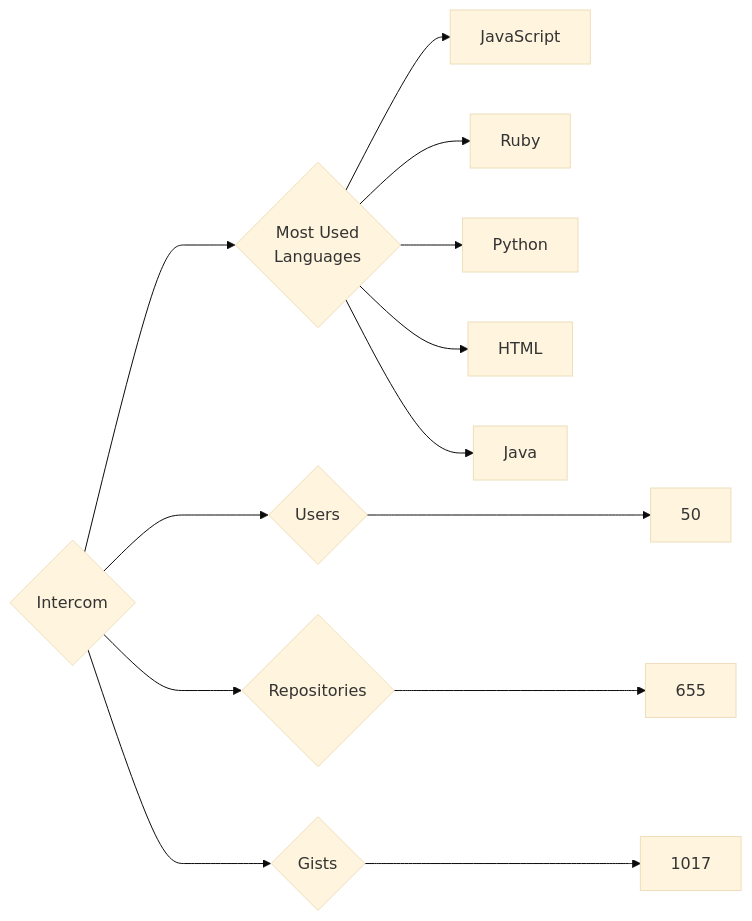
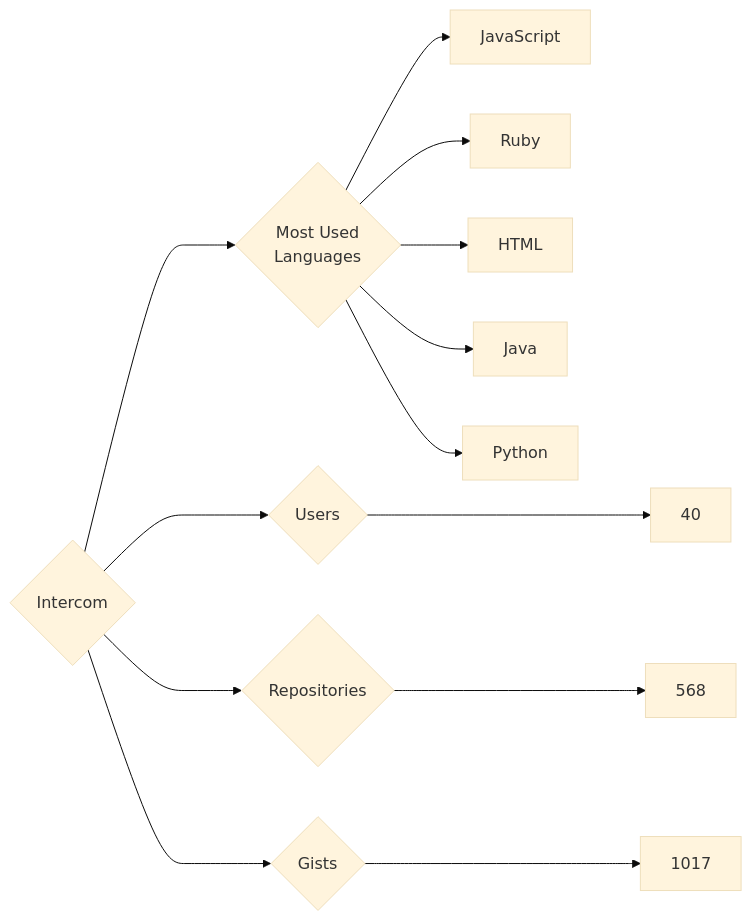
Before and after one commit to trickest/insiders: the diagram in targets/Intercom/README.md, drawn with Mermaid (base theme). The commit also changed 860 other files, not shown here.

````diff
--- a/targets/Intercom/README.md
+++ b/targets/Intercom/README.md
@@ -3,13 +3,13 @@
 ```mermaid
 graph LR
 COMPANY_NAME{Intercom}
-COMPANY_NAME ---> U{Users} ---> UN[50]
-COMPANY_NAME ---> R{Repositories} ---> RN[655]
+COMPANY_NAME ---> U{Users} ---> UN[40]
+COMPANY_NAME ---> R{Repositories} ---> RN[568]
 COMPANY_NAME ---> G{Gists} ---> GN[1017]
 COMPANY_NAME ---> ML{Most Used<br>Languages}
 ML --> JavaScript[JavaScript]
 ML --> Ruby[Ruby]
-ML --> Python[Python]
 ML --> HTML[HTML]
 ML --> Java[Java]
+ML --> Python[Python]
 ```
````
